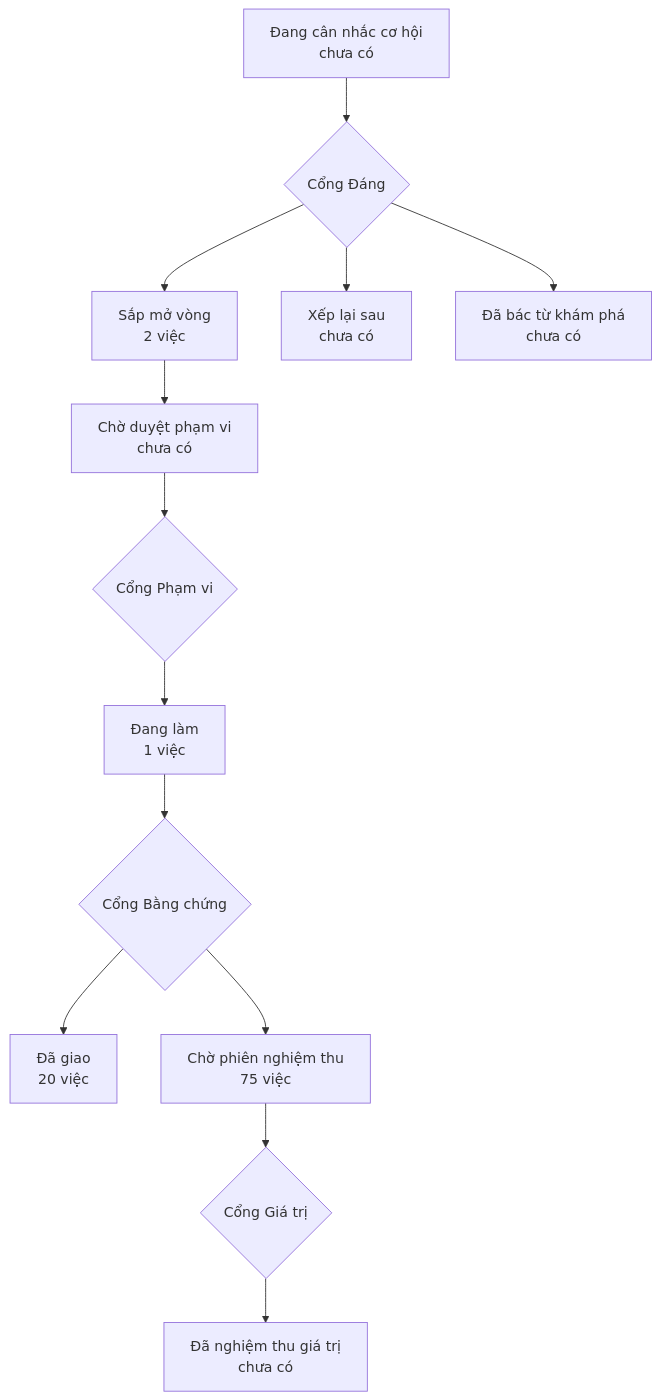
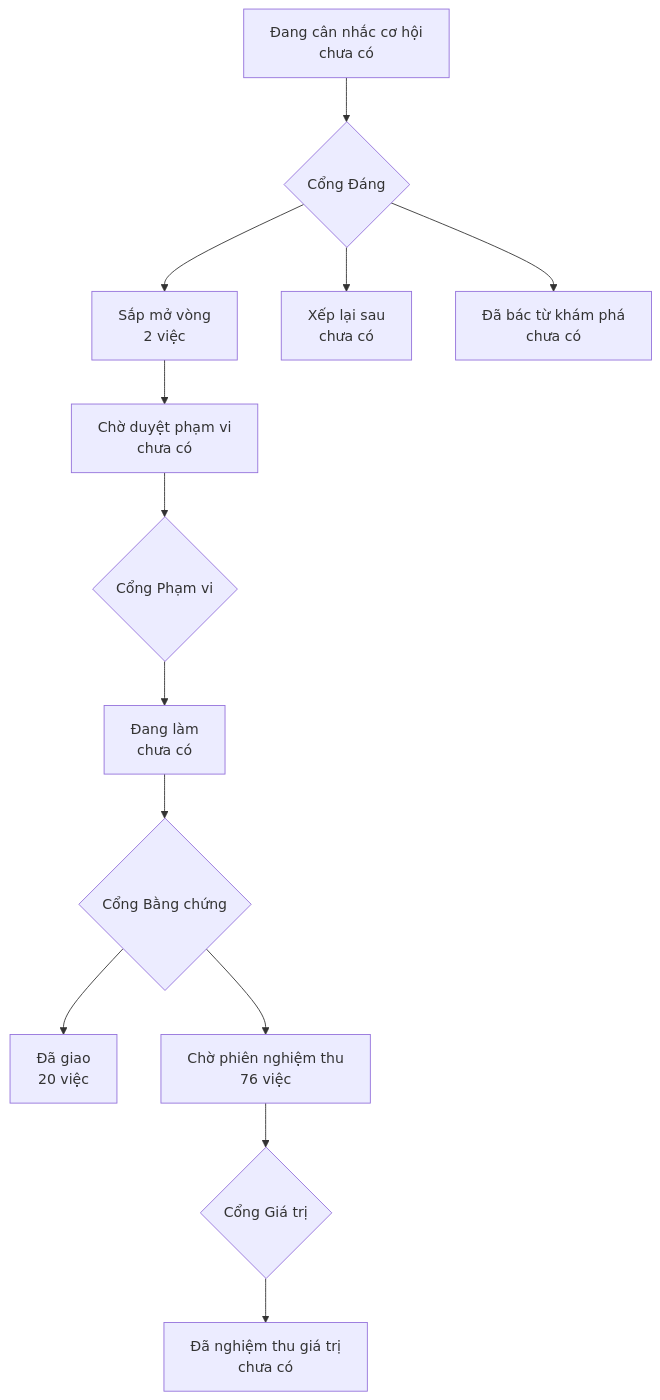
One commit to phanlemanh/onehub-quy-hang changed the diagram in PRODUCT-MAP.md. Above: the diagram before and after it, drawn with Mermaid. The commit also changed other lines of this file and 4 other files, not shown here.

````diff
--- a/PRODUCT-MAP.md
+++ b/PRODUCT-MAP.md
@@ -7,12 +7,12 @@
 ```mermaid
 flowchart TD
   A["Đang cân nhắc cơ hội<br/>chưa có"] --> GD{"Cổng Đáng"}
   GD --> B["Sắp mở vòng<br/>2 việc"]
   GD --> XL["Xếp lại sau<br/>chưa có"]
   GD --> DB["Đã bác từ khám phá<br/>chưa có"]
   B --> CD["Chờ duyệt phạm vi<br/>chưa có"] --> GP{"Cổng Phạm vi"}
-  GP --> DL["Đang làm<br/>1 việc"] --> GB{"Cổng Bằng chứng"}
+  GP --> DL["Đang làm<br/>chưa có"] --> GB{"Cổng Bằng chứng"}
   GB --> DG["Đã giao<br/>20 việc"]
-  GB --> CN["Chờ phiên nghiệm thu<br/>75 việc"] --> GG{"Cổng Giá trị"}
+  GB --> CN["Chờ phiên nghiệm thu<br/>76 việc"] --> GG{"Cổng Giá trị"}
   GG --> NT["Đã nghiệm thu giá trị<br/>chưa có"]
 ```
````
